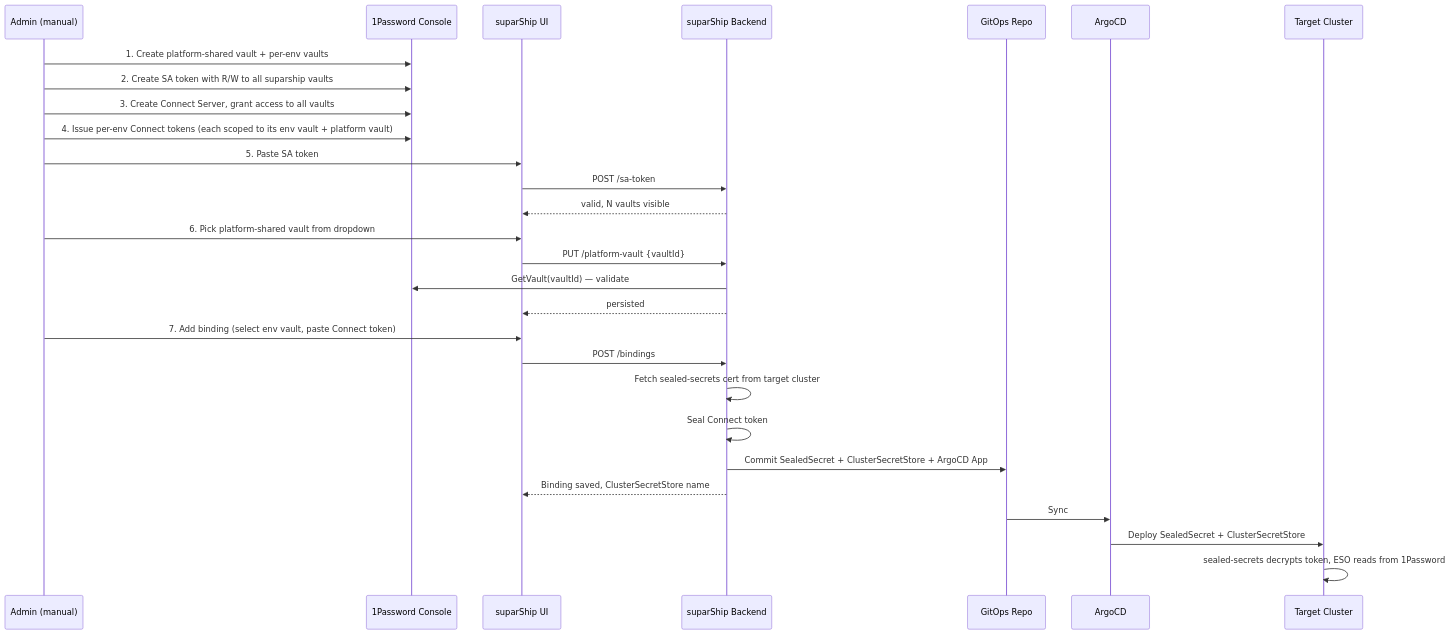
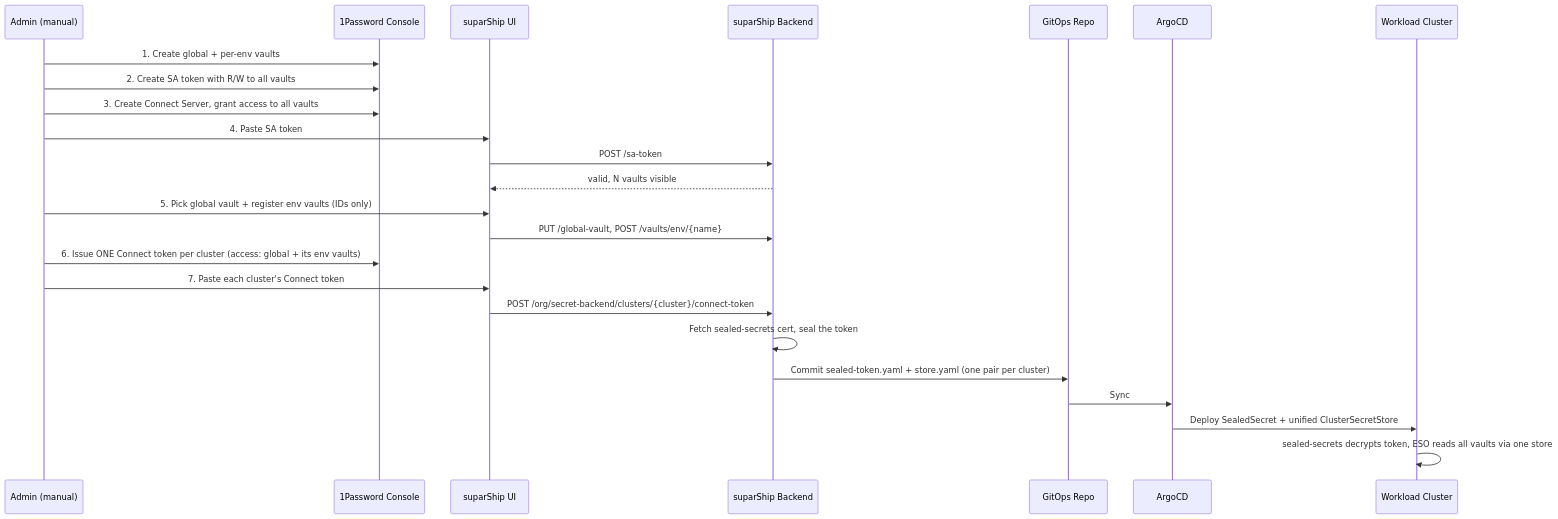
The diagram in docs/secrets.md (suparcloud/suparship), drawn with Mermaid before and after one commit. The commit also changed other lines of this file and 32 other files, not shown here.

Commit message:
feat(secrets): 3-scope ESO ClusterSecretStores + per-scope 1Password sealing & merged Secret/ConfigMap

````diff
--- a/docs/secrets.md
+++ b/docs/secrets.md
@@ -28,31 +108,27 @@
 ```mermaid
 sequenceDiagram
     participant Admin as Admin (manual)
     participant OP as 1Password Console
     participant UI as suparShip UI
     participant API as suparShip Backend
     participant Git as GitOps Repo
     participant Argo as ArgoCD
-    participant Target as Target Cluster
+    participant Cluster as Workload Cluster
 
-    Admin->>OP: 1. Create platform-shared vault + per-env vaults
-    Admin->>OP: 2. Create SA token with R/W to all suparship vaults
+    Admin->>OP: 1. Create global + per-env vaults
+    Admin->>OP: 2. Create SA token with R/W to all vaults
     Admin->>OP: 3. Create Connect Server, grant access to all vaults
-    Admin->>OP: 4. Issue per-env Connect tokens (each scoped to its env vault + platform vault)
-    Admin->>UI: 5. Paste SA token
+    Admin->>UI: 4. Paste SA token
     UI->>API: POST /sa-token
     API-->>UI: valid, N vaults visible
-    Admin->>UI: 6. Pick platform-shared vault from dropdown
-    UI->>API: PUT /platform-vault {vaultId}
-    API->>OP: GetVault(vaultId) — validate
-    API-->>UI: persisted
-    Admin->>UI: 7. Add binding (select env vault, paste Connect token)
-    UI->>API: POST /bindings
-    API->>API: Fetch sealed-secrets cert from target cluster
-    API->>API: Seal Connect token
-    API->>Git: Commit SealedSecret + ClusterSecretStore + ArgoCD App
-    API-->>UI: Binding saved, ClusterSecretStore name
+    Admin->>UI: 5. Pick global vault + register env vaults (IDs only)
+    UI->>API: PUT /global-vault, POST /vaults/env/{name}
+    Admin->>OP: 6. Issue ONE Connect token per cluster (access: global + its env vaults)
+    Admin->>UI: 7. Paste each cluster's Connect token
+    UI->>API: POST /org/secret-backend/clusters/{cluster}/connect-token
+    API->>API: Fetch sealed-secrets cert, seal the token
+    API->>Git: Commit sealed-token.yaml + store.yaml (one pair per cluster)
     Git->>Argo: Sync
-    Argo->>Target: Deploy SealedSecret + ClusterSecretStore
-    Target->>Target: sealed-secrets decrypts token, ESO reads from 1Password
+    Argo->>Cluster: Deploy SealedSecret + unified ClusterSecretStore
+    Cluster->>Cluster: sealed-secrets decrypts token, ESO reads all vaults via one store
 ```
````
